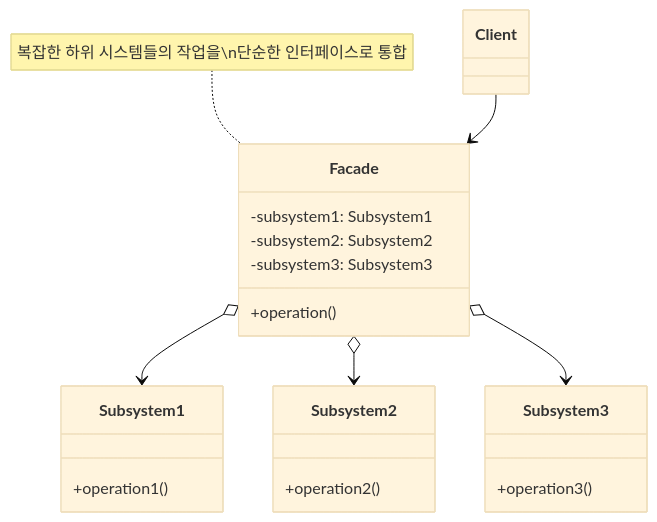
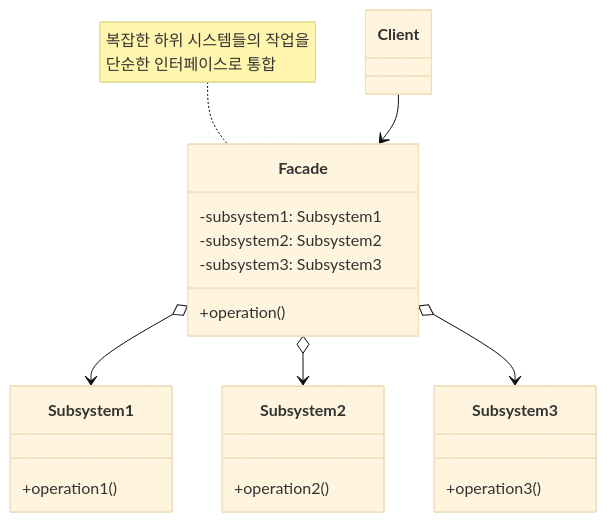
Diagram 11 of 12 in Challenge/Design Pattern.md (jjjjjunhyung/Roadmap), drawn with Mermaid (base theme) before and after one commit. The commit also changed other lines of this file, not shown here.

````diff
--- a/Challenge/Design Pattern.md
+++ b/Challenge/Design Pattern.md
@@ -432,31 +432,31 @@
 ``` mermaid
 classDiagram
     class Client {
     }
     
     class Facade {
         -subsystem1: Subsystem1
         -subsystem2: Subsystem2
         -subsystem3: Subsystem3
         +operation()
     }
     
     class Subsystem1 {
         +operation1()
     }
     
     class Subsystem2 {
         +operation2()
     }
     
     class Subsystem3 {
         +operation3()
     }
     
     Client --> Facade
     Facade o--> Subsystem1
     Facade o--> Subsystem2
     Facade o--> Subsystem3
     
-    note for Facade "복잡한 하위 시스템들의 작업을\n단순한 인터페이스로 통합"
+    note for Facade "복잡한 하위 시스템들의 작업을<br>단순한 인터페이스로 통합"
 ```
````
